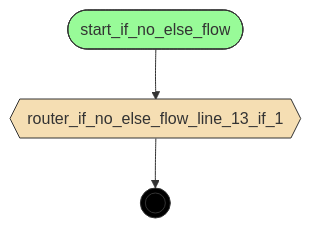
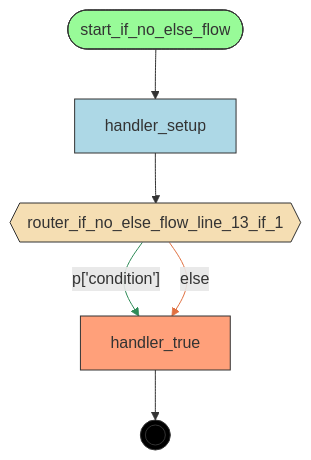
The diagram in examples/flows/compiled/if_no_else/flow.mmd (deliveryhero/asya), drawn with Mermaid before and after one commit. The commit also changed 625 other files, not shown here.

```diff
--- a/examples/flows/compiled/if_no_else/flow.mmd
+++ b/examples/flows/compiled/if_no_else/flow.mmd
@@ -1,18 +1,27 @@
 flowchart TD
     %% Flow: if_no_else_flow
 
+    handler_setup[handler_setup]
+    handler_true[handler_true]
     router_if_no_else_flow_line_13_if_1{{router_if_no_else_flow_line_13_if_1}}
     start_if_no_else_flow([start_if_no_else_flow])
     __end__((( )))
 
-    start_if_no_else_flow --> router_if_no_else_flow_line_13_if_1
-    router_if_no_else_flow_line_13_if_1 --> __end__
+    start_if_no_else_flow --> handler_setup
+    handler_setup --> router_if_no_else_flow_line_13_if_1
+    router_if_no_else_flow_line_13_if_1 -->|"p['condition']"| handler_true
+    router_if_no_else_flow_line_13_if_1 -->|"else"| handler_true
+    handler_true --> __end__
 
     classDef start fill:#98FB98,stroke:#333
     classDef endnode fill:#FFA07A,stroke:#333
     classDef router fill:#F5DEB3,stroke:#333
     classDef handler fill:#ADD8E6,stroke:#333
     classDef endpoint fill:#000,stroke:#333,color:#fff
     class start_if_no_else_flow start
+    class handler_true endnode
     class router_if_no_else_flow_line_13_if_1 router
+    class handler_setup handler
     class __end__ endpoint
+    linkStyle 2 stroke:#2E8B57
+    linkStyle 3 stroke:#E07040
```
